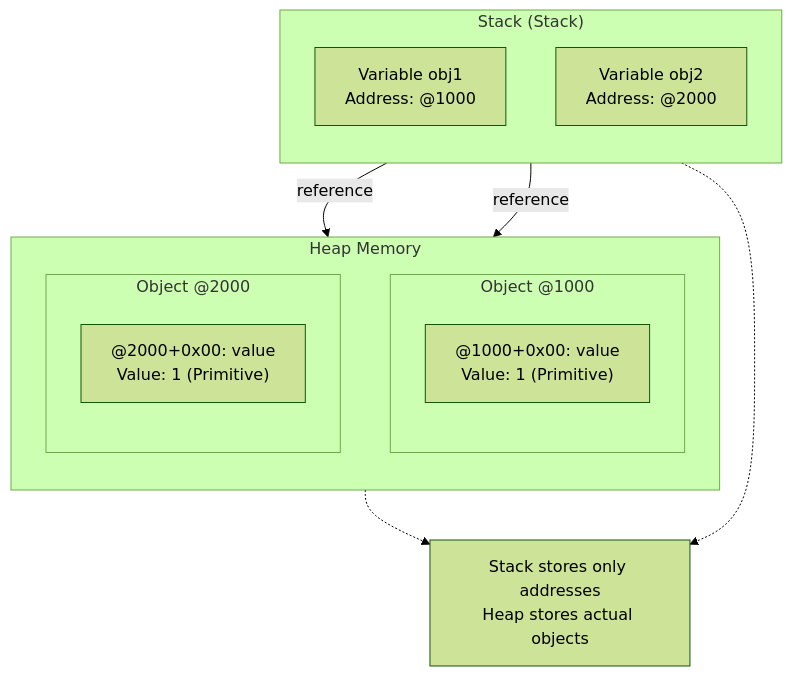
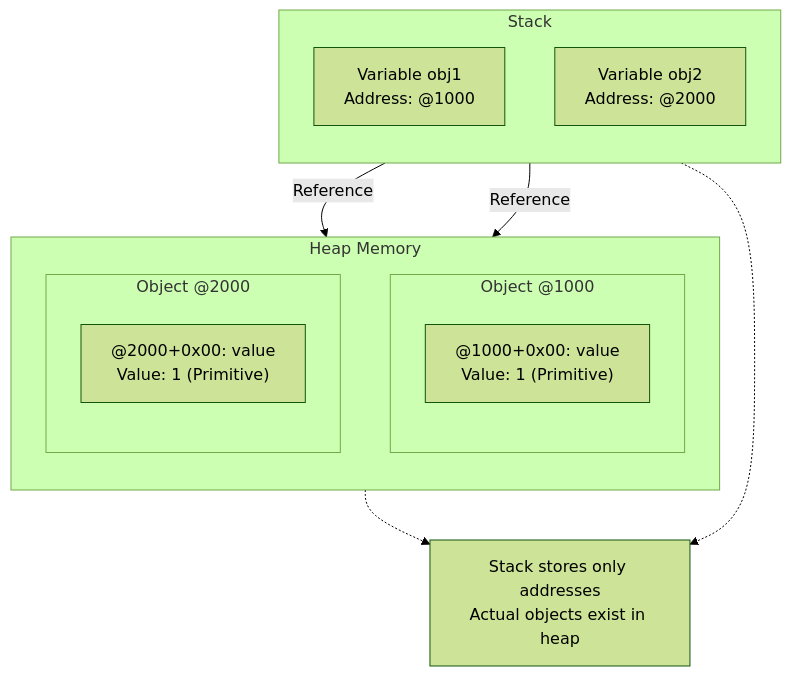
Before and after one commit to codefug/codefug.github.io: the second of 5 diagrams in markdown/2026-01-18/en/content.mdx, drawn with Mermaid (forest theme). The commit also changed other lines of this file, not shown here.

````diff
--- a/markdown/2026-01-18/en/content.mdx
+++ b/markdown/2026-01-18/en/content.mdx
@@ -66,29 +66,29 @@
 ```mermaid
 flowchart TB
-    subgraph Stack["Stack (Stack)"]
+    subgraph Stack["Stack"]
         direction TB
         V1["Variable obj1<br/>Address: @1000"]
         V2["Variable obj2<br/>Address: @2000"]
     end
 
     subgraph Heap["Heap Memory"]
         direction TB
         subgraph O1["Object @1000"]
             direction TB
             P1["@1000+0x00: value<br/>Value: 1 (Primitive)"]
         end
 
         subgraph O2["Object @2000"]
             direction TB
             P2["@2000+0x00: value<br/>Value: 1 (Primitive)"]
         end
     end
 
-    V1 -->|"reference"| O1
-    V2 -->|"reference"| O2
+    V1 -->|"Reference"| O1
+    V2 -->|"Reference"| O2
 
-    Note1["Stack stores only addresses<br/>Heap stores actual objects"]
+    Note1["Stack stores only addresses<br/>Actual objects exist in heap"]
 
     Stack -.-> Note1
     Heap -.-> Note1
 ```
````
